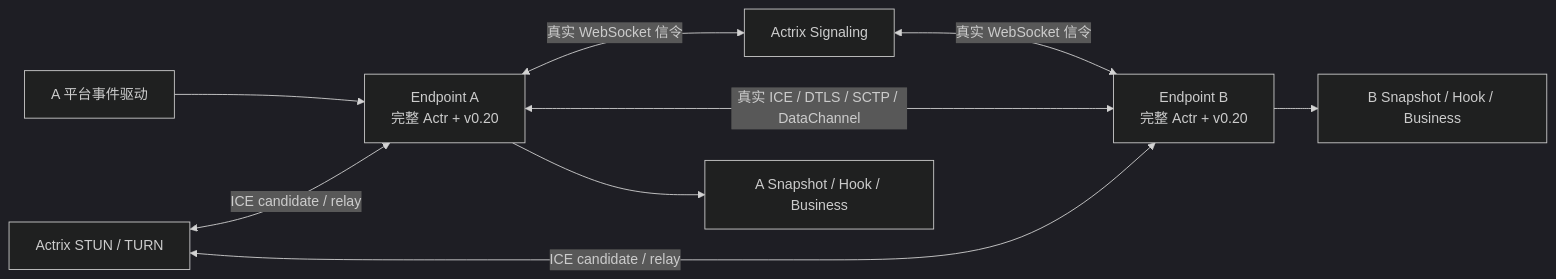
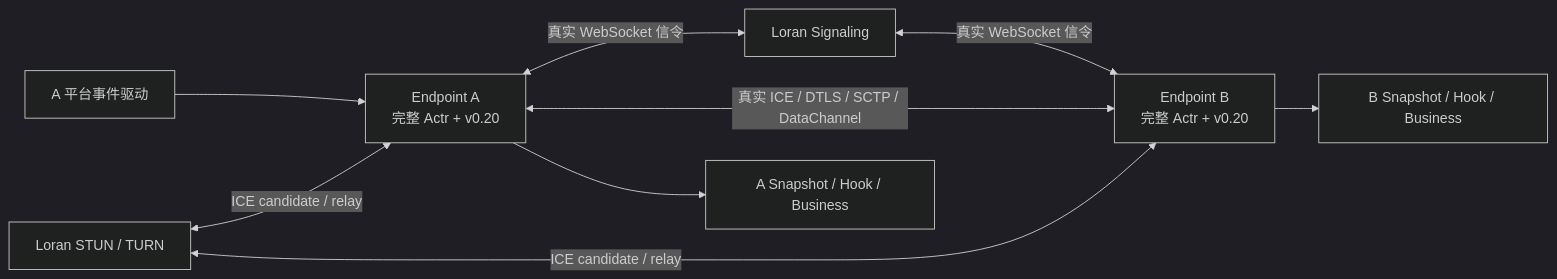
The second of 2 diagrams in docs/actr/webrtc-v020-mobile-integration-test-design.zh.md (Actrium/actrium), drawn with Mermaid (dark theme) before and after one commit. The commit also changed other lines of this file and 364 other files, not shown here.

````diff
--- a/docs/actr/webrtc-v020-mobile-integration-test-design.zh.md
+++ b/docs/actr/webrtc-v020-mobile-integration-test-design.zh.md
@@ -329,11 +329,11 @@
 ```mermaid
 flowchart LR
     ME["A 平台事件驱动"] --> EA["Endpoint A<br/>完整 Actr + v0.20"]
-    EA <-->|"真实 WebSocket 信令"| SR["Actrix Signaling"]
+    EA <-->|"真实 WebSocket 信令"| SR["Loran Signaling"]
     SR <-->|"真实 WebSocket 信令"| EB["Endpoint B<br/>完整 Actr + v0.20"]
-    ICE["Actrix STUN / TURN"] <-->|"ICE candidate / relay"| EA
+    ICE["Loran STUN / TURN"] <-->|"ICE candidate / relay"| EA
     ICE <-->|"ICE candidate / relay"| EB
     EA <-->|"真实 ICE / DTLS / SCTP / DataChannel"| EB
     EA --> OA["A Snapshot / Hook / Business"]
     EB --> OB["B Snapshot / Hook / Business"]
 ```
````
